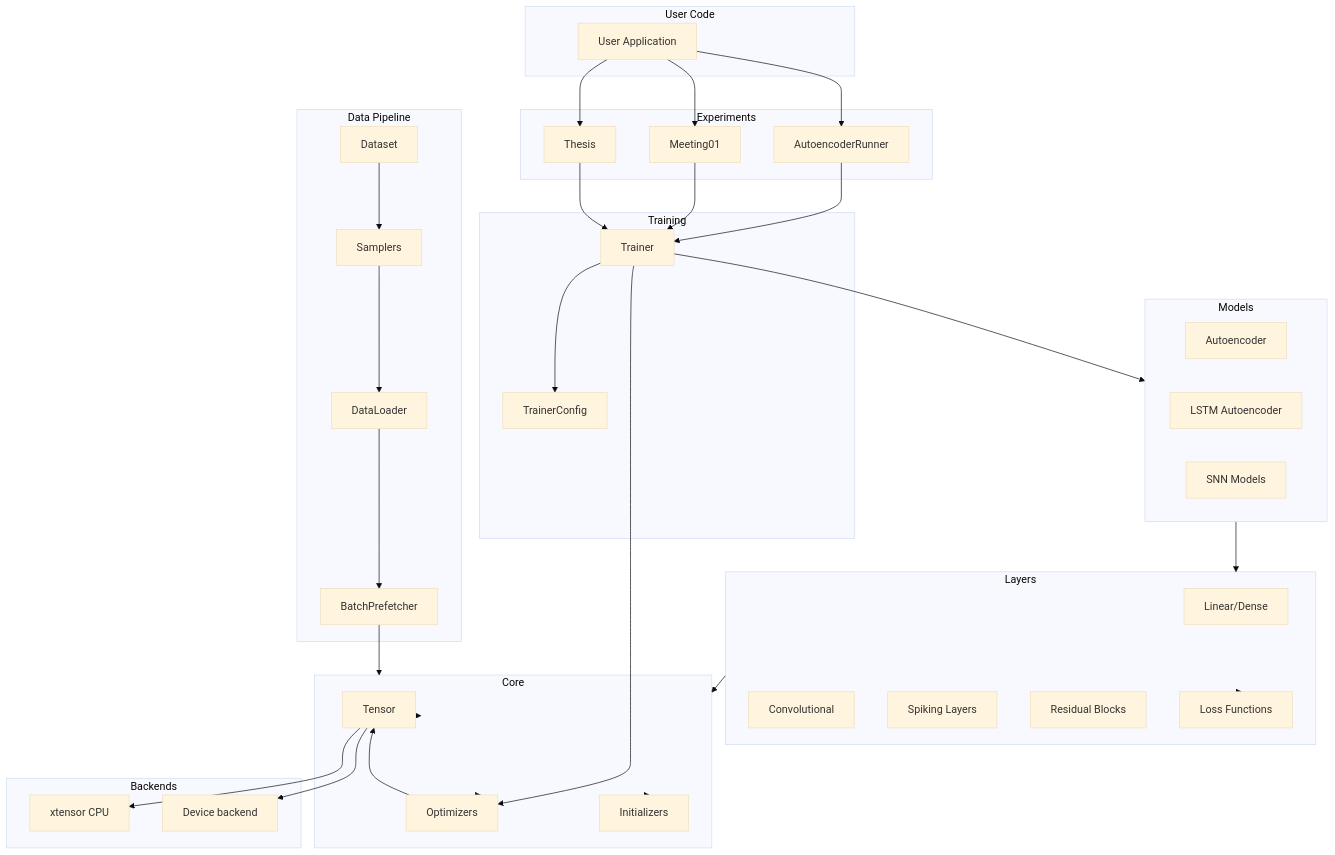
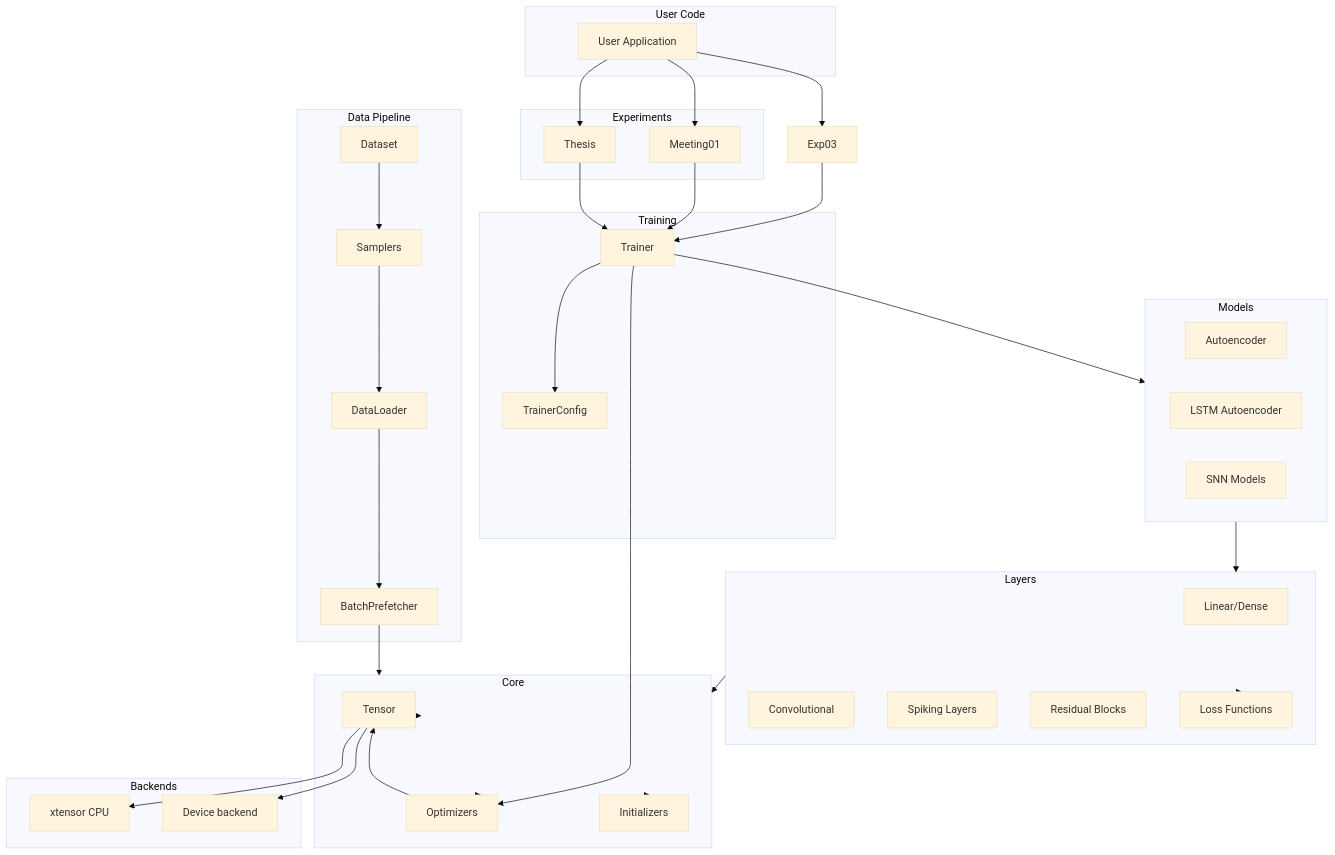
Before and after one commit to ensismoebius/doutorado: the first of 3 diagrams in software/nn/.wiki/Architecture.md, drawn with Mermaid (base theme). The commit also changed other lines of this file and 175 other files, not shown here.

````diff
--- a/software/nn/.wiki/Architecture.md
+++ b/software/nn/.wiki/Architecture.md
@@ -17,78 +17,77 @@
 ```mermaid
 flowchart TB
     subgraph "User Code"
         User[User Application]
     end
 
     subgraph "Experiments"
-        Exp03[AutoencoderRunner]
         Exp04[Meeting01]
         Exp05[Thesis]
     end
 
     subgraph "Training"
         Trainer[Trainer]
         Config[TrainerConfig]
     end
 
     subgraph "Models"
         AE[Autoencoder]
         LSTM[LSTM Autoencoder]
         SNN[SNN Models]
     end
 
     subgraph "Layers"
         Linear[Linear/Dense]
         Conv[Convolutional]
         Spiking[Spiking Layers]
         Residual[Residual Blocks]
         Loss[Loss Functions]
     end
 
     subgraph "Core"
         Tensor[Tensor]
         Optim[Optimizers]
         Init[Initializers]
     end
 
     subgraph "Data Pipeline"
         Dataset[Dataset]
         Sampler[Samplers]
         Loader[DataLoader]
         Prefetch[BatchPrefetcher]
     end
 
     subgraph "Backends"
         xtensor[xtensor CPU]
         DeviceBackend[Device backend]
     end
 
     User --> Exp03
     User --> Exp04
     User --> Exp05
 
     Exp03 --> Trainer
     Exp04 --> Trainer
     Exp05 --> Trainer
 
     Trainer --> Config
     Trainer --> Models
     Trainer --> Optim
 
     Models --> Layers
     Layers --> Core
     Layers --> Loss
 
     Core --> Tensor
     Core --> Optim
     Core --> Init
 
     Dataset --> Sampler
     Sampler --> Loader
     Loader --> Prefetch
     Prefetch --> Core
 
     Tensor --> xtensor
     Tensor --> DeviceBackend
     Optim --> Tensor
 ```
````
